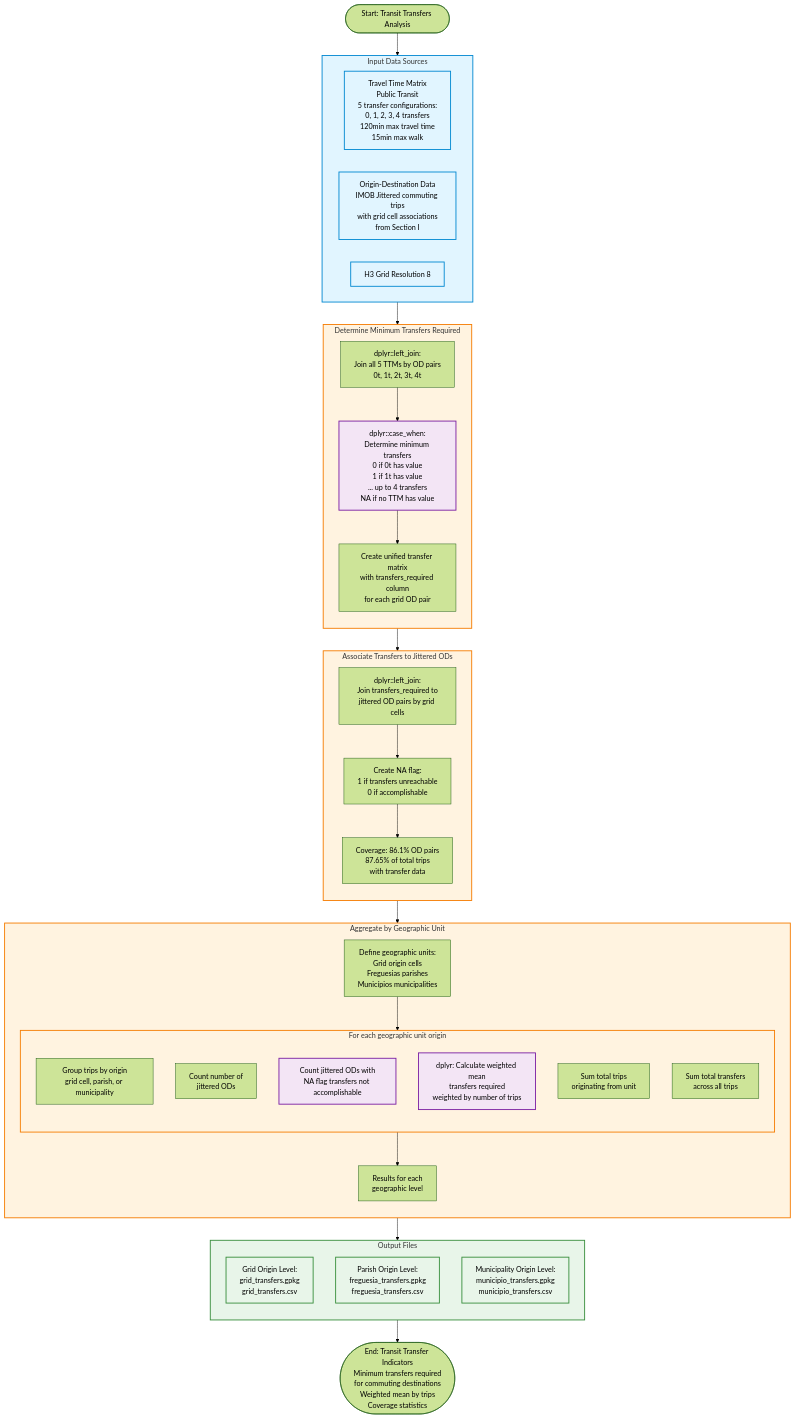
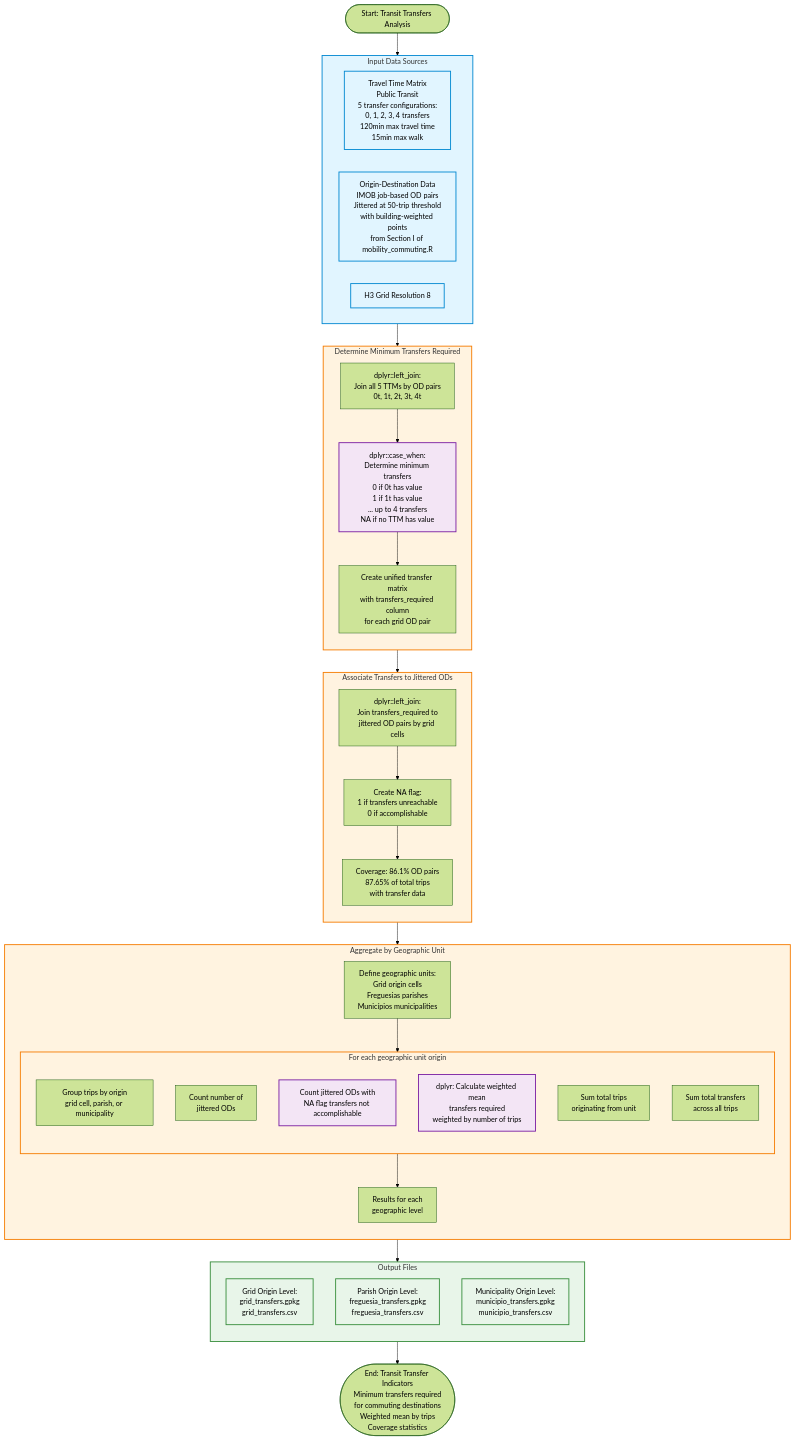
Before and after one commit to U-Shift/IMPT-data: the diagram in code/flow_charts/mobility_commuting_transfers.mermaid, drawn with Mermaid (forest theme). The commit also changed 6 other files, not shown here.

First line of the commit message:
update mermaid flowcharts with correct OD jit50 #16

```diff
--- a/code/flow_charts/mobility_commuting_transfers.mermaid
+++ b/code/flow_charts/mobility_commuting_transfers.mermaid
@@ -1,83 +1,83 @@
 flowchart TB
     Start([Start: Transit Transfers Analysis])
     
     %% Input Data
     subgraph Inputs["Input Data Sources"]
         TTM_Multi[Travel Time Matrix<br/>Public Transit<br/>5 transfer configurations:<br/>0, 1, 2, 3, 4 transfers<br/>120min max travel time<br/>15min max walk]
-        OD[Origin-Destination Data<br/>IMOB Jittered commuting trips<br/>with grid cell associations<br/>from Section I]
+        OD[Origin-Destination Data<br/>IMOB job-based OD pairs<br/>Jittered at 50-trip threshold<br/>with building-weighted points<br/>from Section I of mobility_commuting.R]
         Grid[H3 Grid Resolution 8]
     end
     
     Start --> Inputs
     
     %% Determine Minimum Transfers
     Inputs --> DetermineTransfers
     
     subgraph DetermineTransfers["Determine Minimum Transfers Required"]
         direction TB
         JoinTTMs[dplyr::left_join:<br/>Join all 5 TTMs by OD pairs<br/>0t, 1t, 2t, 3t, 4t]
         CascadeLogic[dplyr::case_when:<br/>Determine minimum transfers<br/>0 if 0t has value<br/>1 if 1t has value<br/>... up to 4 transfers<br/>NA if no TTM has value]
         TransferMatrix[Create unified transfer matrix<br/>with transfers_required column<br/>for each grid OD pair]
         
         JoinTTMs --> CascadeLogic
         CascadeLogic --> TransferMatrix
     end
     
     %% Join with Jittering Data
     DetermineTransfers --> JoinJitter
     
     subgraph JoinJitter["Associate Transfers to Jittered ODs"]
         direction TB
         JoinOD[dplyr::left_join:<br/>Join transfers_required to<br/>jittered OD pairs by grid cells]
         FlagNA[Create NA flag:<br/>1 if transfers unreachable<br/>0 if accomplishable]
         Stats[Coverage: 86.1% OD pairs<br/>87.65% of total trips<br/>with transfer data]
         
         JoinOD --> FlagNA
         FlagNA --> Stats
     end
     
     %% Aggregation
     JoinJitter --> Aggregation
     
     subgraph Aggregation["Aggregate by Geographic Unit"]
         direction TB
         GeoUnits[Define geographic units:<br/>Grid origin cells<br/>Freguesias parishes<br/>Municípios municipalities]
         
         subgraph CalcMetrics["For each geographic unit origin"]
             direction TB
             GroupOrigin[Group trips by origin<br/>grid cell, parish, or municipality]
             CountJitters[Count number of<br/>jittered ODs]
             CountNA[Count jittered ODs with<br/>NA flag transfers not accomplishable]
             WeightedMean[dplyr: Calculate weighted mean<br/>transfers required<br/>weighted by number of trips]
             TotalTrips[Sum total trips<br/>originating from unit]
             TotalTransfers[Sum total transfers<br/>across all trips]
         end
         
         GeoUnits --> CalcMetrics
         CalcMetrics --> Results
         
         Results[Results for each<br/>geographic level]
     end
     
     %% Output Files
     Aggregation --> Output
     
     subgraph Output["Output Files"]
         direction TB
         GridOut[Grid Origin Level:<br/>grid_transfers.gpkg<br/>grid_transfers.csv]
         FreqOut[Parish Origin Level:<br/>freguesia_transfers.gpkg<br/>freguesia_transfers.csv]
         MuniOut[Municipality Origin Level:<br/>municipio_transfers.gpkg<br/>municipio_transfers.csv]
     end
     
     Output --> End([End: Transit Transfer Indicators<br/>Minimum transfers required<br/>for commuting destinations<br/>Weighted mean by trips<br/>Coverage statistics])
     
     %% Styling
     classDef inputStyle fill:#e1f5ff,stroke:#0288d1,stroke-width:2px
     classDef processStyle fill:#fff3e0,stroke:#f57c00,stroke-width:2px
     classDef outputStyle fill:#e8f5e9,stroke:#388e3c,stroke-width:2px
     classDef calcStyle fill:#f3e5f5,stroke:#7b1fa2,stroke-width:2px
     
     class TTM_Multi,OD,Grid,Inputs inputStyle
     class DetermineTransfers,JoinJitter,Aggregation,CalcMetrics processStyle
     class Output,GridOut,FreqOut,MuniOut outputStyle
     class CascadeLogic,WeightedMean,CountNA calcStyle
```
